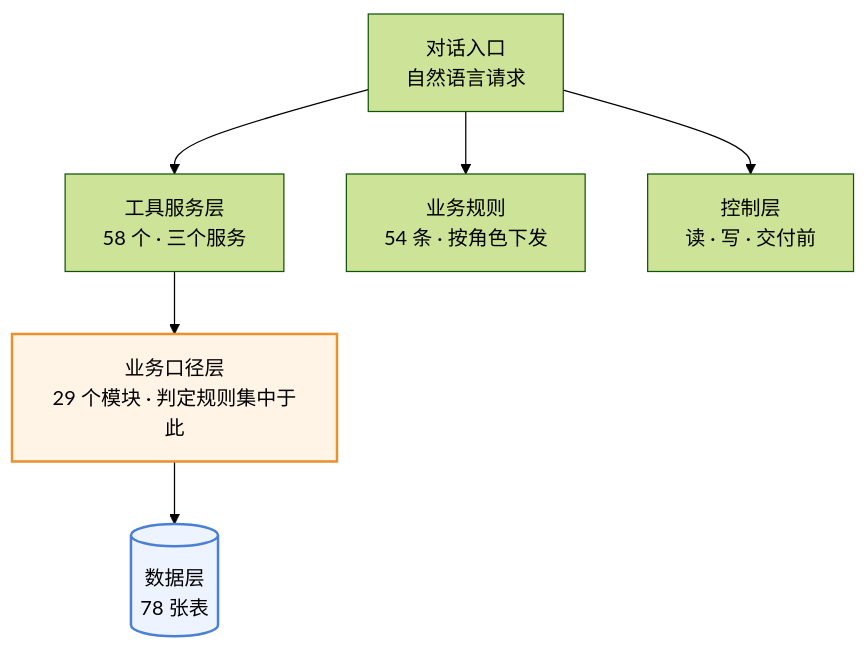
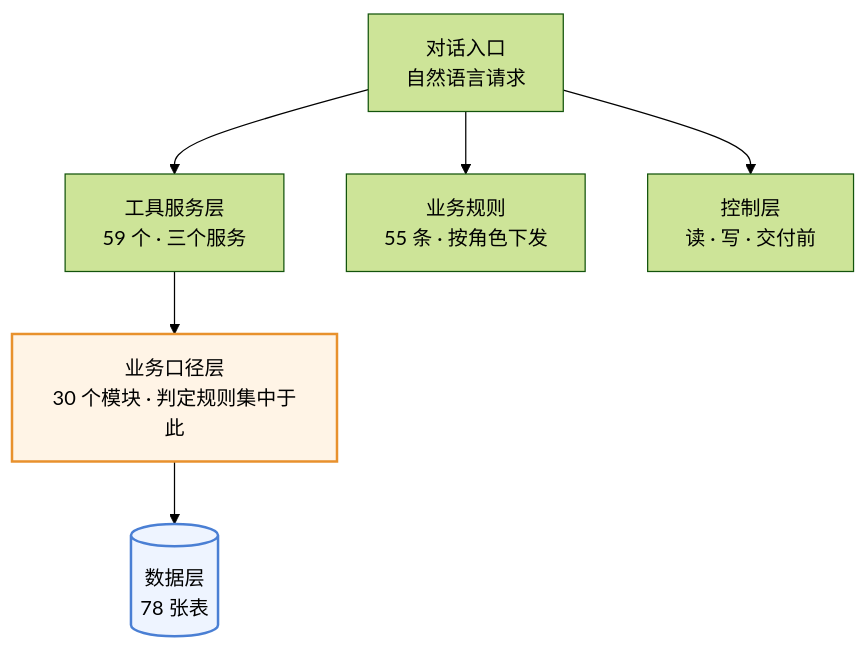
One commit to 843773296-rgb/lanxiu-yunshang-agent changed the first of 4 diagrams in 澜绣云裳agent-产品需求文档.md. Above: the diagram before and after it, drawn with Mermaid (forest theme). The commit also changed other lines of this file and 16 other files, not shown here.

````diff
--- a/澜绣云裳agent-产品需求文档.md
+++ b/澜绣云裳agent-产品需求文档.md
@@ -134,12 +134,12 @@
 ```mermaid
 flowchart TD
     M["对话入口<br/>自然语言请求"]
-    M --> T["工具服务层<br/>58 个 · 三个服务"]
-    M --> R["业务规则<br/>54 条 · 按角色下发"]
+    M --> T["工具服务层<br/>59 个 · 三个服务"]
+    M --> R["业务规则<br/>55 条 · 按角色下发"]
     M --> G["控制层<br/>读 · 写 · 交付前"]
-    T --> K["业务口径层<br/>29 个模块 · 判定规则集中于此"]
+    T --> K["业务口径层<br/>30 个模块 · 判定规则集中于此"]
     K --> DB[("数据层<br/>78 张表")]
 
     style K fill:#fff4e6,stroke:#e8912d,stroke-width:2px
     style DB fill:#eef4ff,stroke:#4a7fd4,stroke-width:2px
 ```
````
